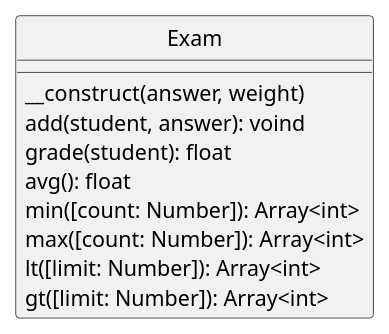
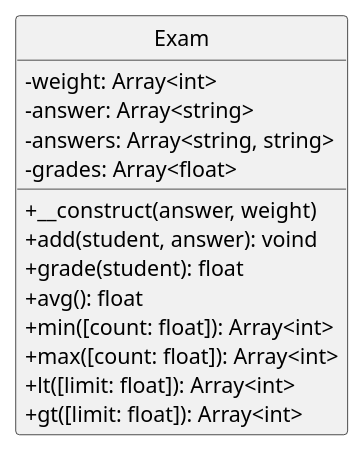
Before and after one commit to ifpb/php-exercises: the diagram in core/object/exam/assets/exam.pu, drawn with PlantUML. The commit also changed 39 other files, not shown here.

```diff
--- a/core/object/exam/assets/exam.pu
+++ b/core/object/exam/assets/exam.pu
@@ -1,16 +1,20 @@
 @startuml
 skinparam classAttributeIconSize 0
 skinparam monochrome true
 hide circle
 
 class Exam {
-  __construct(answer, weight)
-  add(student, answer): voind
-  grade(student): float
-  avg(): float
-  min([count: Number]): Array<int>
-  max([count: Number]): Array<int>
-  lt([limit: Number]): Array<int>
-  gt([limit: Number]): Array<int>
+  -weight: Array<int>
+  -answer: Array<string>
+  -answers: Array<string, string>
+  -grades: Array<float>
+  +__construct(answer, weight)
+  +add(student, answer): voind
+  +grade(student): float
+  +avg(): float
+  +min([count: float]): Array<int>
+  +max([count: float]): Array<int>
+  +lt([limit: float]): Array<int>
+  +gt([limit: float]): Array<int>
 }
 @enduml
```
